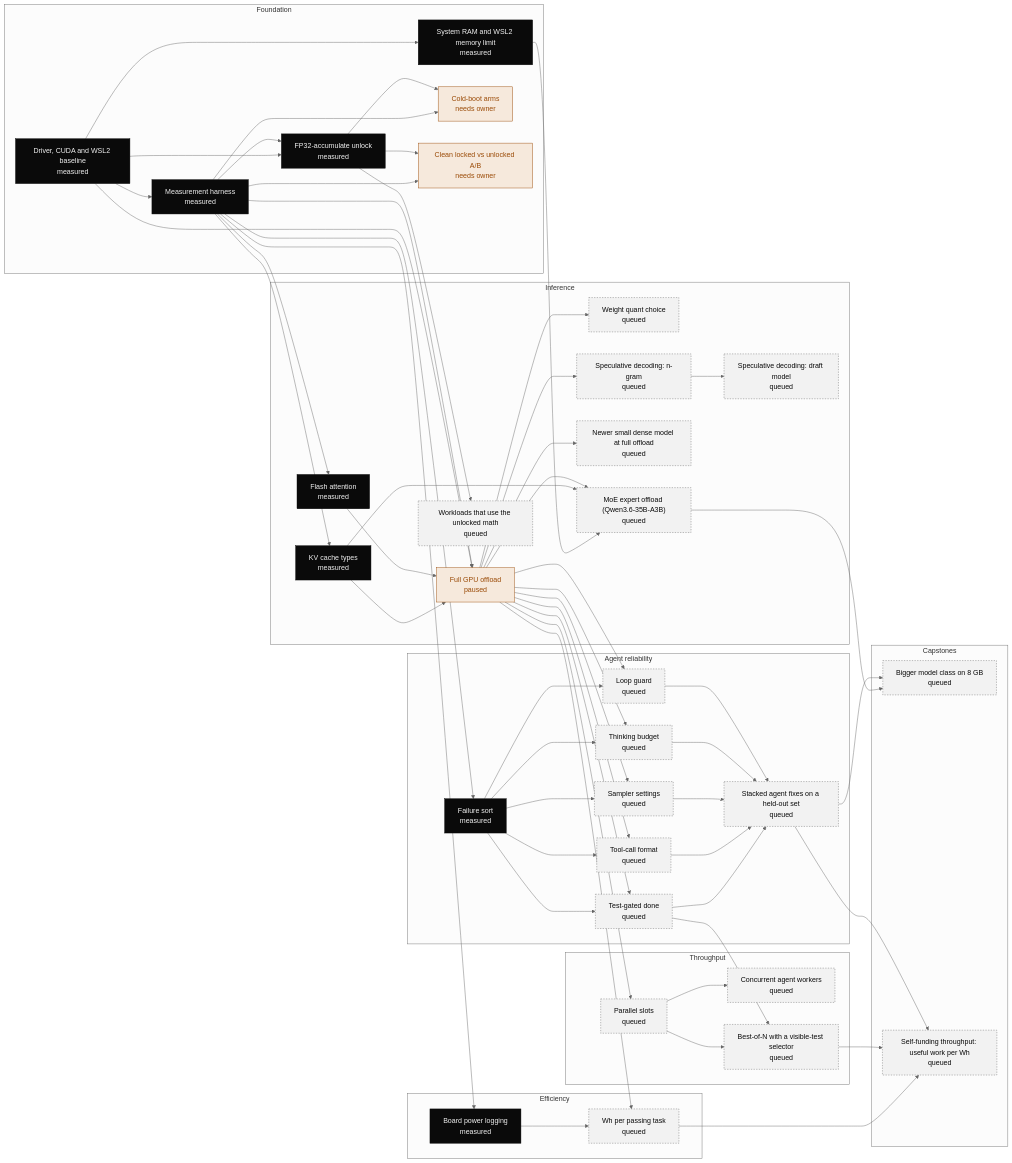
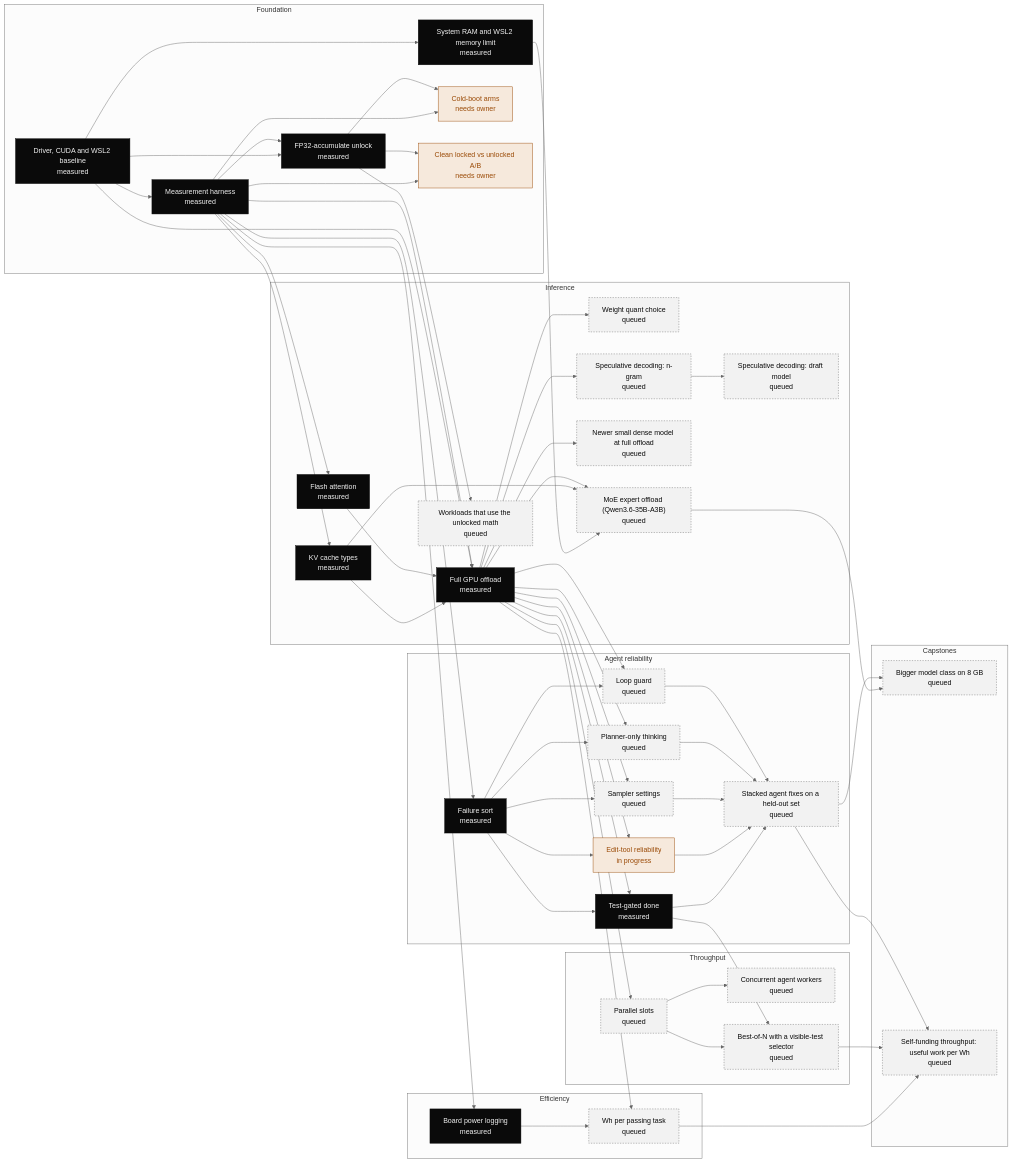
One commit to lemonaide152/gpu-unlock-3070-lhr changed the diagram in TECH-TREE.md. Above: the diagram before and after it, drawn with Mermaid (neutral theme). The commit also changed other lines of this file and 1 other file, not shown here.

Commit message:
tech tree: sync (10 of 29 measured)

````diff
--- a/TECH-TREE.md
+++ b/TECH-TREE.md
@@ -35,7 +35,7 @@
   subgraph inference["Inference"]
     kv_cache_types["KV cache types<br/>measured"]
     flash_attention["Flash attention<br/>measured"]
-    full_offload["Full GPU offload<br/>paused"]
+    full_offload["Full GPU offload<br/>measured"]
     quant_choice["Weight quant choice<br/>queued"]
     spec_ngram["Speculative decoding: n-gram<br/>queued"]
     spec_draft["Speculative decoding: draft model<br/>queued"]
@@ -45,10 +45,10 @@
   end
   subgraph agent["Agent reliability"]
     failure_sort["Failure sort<br/>measured"]
-    test_gate["Test-gated done<br/>queued"]
-    tool_call_format["Tool-call format<br/>queued"]
+    test_gate["Test-gated done<br/>measured"]
+    tool_call_format["Edit-tool reliability<br/>in progress"]
     sampler["Sampler settings<br/>queued"]
-    thinking_budget["Thinking budget<br/>queued"]
+    thinking_budget["Planner-only thinking<br/>queued"]
     loop_guard["Loop guard<br/>queued"]
     agent_stack["Stacked agent fixes on a held-out set<br/>queued"]
   end
@@ -118,7 +118,7 @@
   classDef measured fill:#0a0a0a,color:#f2f2f2,stroke:#0a0a0a
   classDef live fill:#f6e9dc,color:#9a4a06,stroke:#9a4a06
   classDef queued fill:#f2f2f2,color:#0a0a0a,stroke:#6b6b6b,stroke-dasharray:3 3
-  class stack_baseline,harness,unlock_fp32acc,ram_wsl_check,kv_cache_types,flash_attention,failure_sort,power_log measured
-  class cold_boot,locked_ab,full_offload live
-  class quant_choice,spec_ngram,spec_draft,dense_newer,moe_offload,fp16_workloads,test_gate,tool_call_format,sampler,thinking_budget,loop_guard,agent_stack,parallel_slots,agent_workers,best_of_n,wh_per_pass,bigger_class,useful_work_per_wh queued
+  class stack_baseline,harness,unlock_fp32acc,ram_wsl_check,kv_cache_types,flash_attention,full_offload,failure_sort,test_gate,power_log measured
+  class cold_boot,locked_ab,tool_call_format live
+  class quant_choice,spec_ngram,spec_draft,dense_newer,moe_offload,fp16_workloads,sampler,thinking_budget,loop_guard,agent_stack,parallel_slots,agent_workers,best_of_n,wh_per_pass,bigger_class,useful_work_per_wh queued
 ```
````
